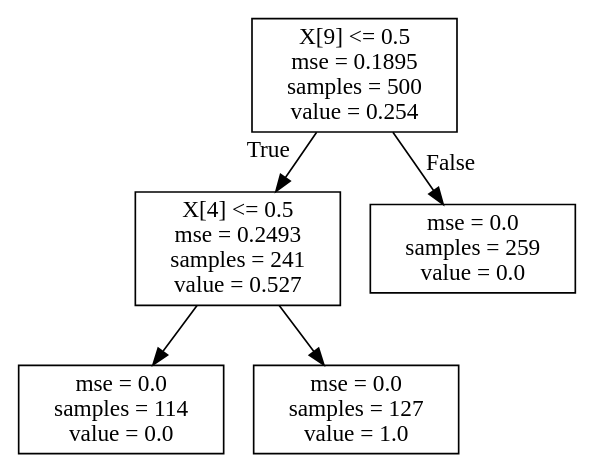
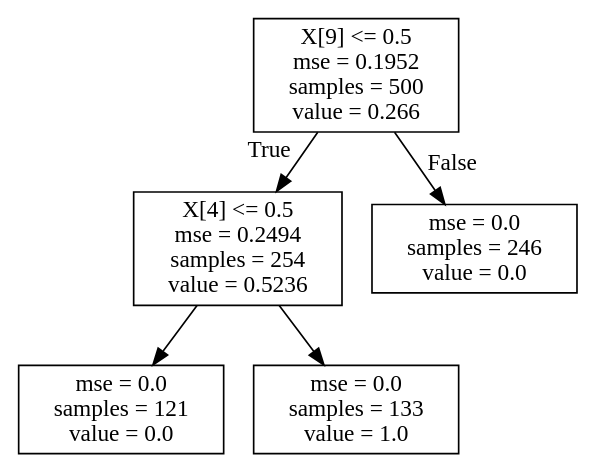
The diagram in surrogate_data/simple_1.dot (ai-se/SPL), drawn with Graphviz before and after one commit. The commit also changed 46 other files, not shown here.

```diff
--- a/surrogate_data/simple_1.dot
+++ b/surrogate_data/simple_1.dot
@@ -1,12 +1,12 @@
 digraph Tree {
 node [shape=box] ;
-0 [label="X[9] <= 0.5\nmse = 0.1895\nsamples = 500\nvalue = 0.254"] ;
-1 [label="X[4] <= 0.5\nmse = 0.2493\nsamples = 241\nvalue = 0.527"] ;
+0 [label="X[9] <= 0.5\nmse = 0.1952\nsamples = 500\nvalue = 0.266"] ;
+1 [label="X[4] <= 0.5\nmse = 0.2494\nsamples = 254\nvalue = 0.5236"] ;
 0 -> 1 [labeldistance=2.5, labelangle=45, headlabel="True"] ;
-2 [label="mse = 0.0\nsamples = 114\nvalue = 0.0"] ;
+2 [label="mse = 0.0\nsamples = 121\nvalue = 0.0"] ;
 1 -> 2 ;
-3 [label="mse = 0.0\nsamples = 127\nvalue = 1.0"] ;
+3 [label="mse = 0.0\nsamples = 133\nvalue = 1.0"] ;
 1 -> 3 ;
-4 [label="mse = 0.0\nsamples = 259\nvalue = 0.0"] ;
+4 [label="mse = 0.0\nsamples = 246\nvalue = 0.0"] ;
 0 -> 4 [labeldistance=2.5, labelangle=-45, headlabel="False"] ;
 }
```
